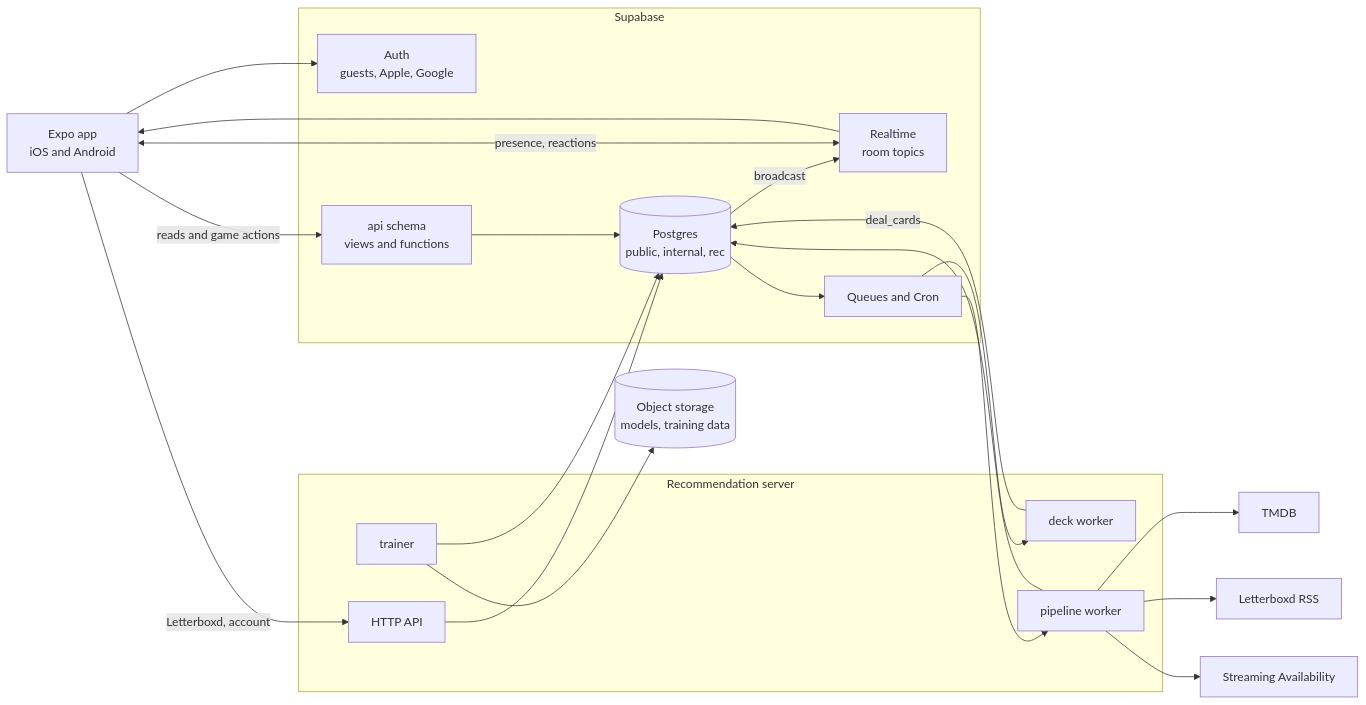
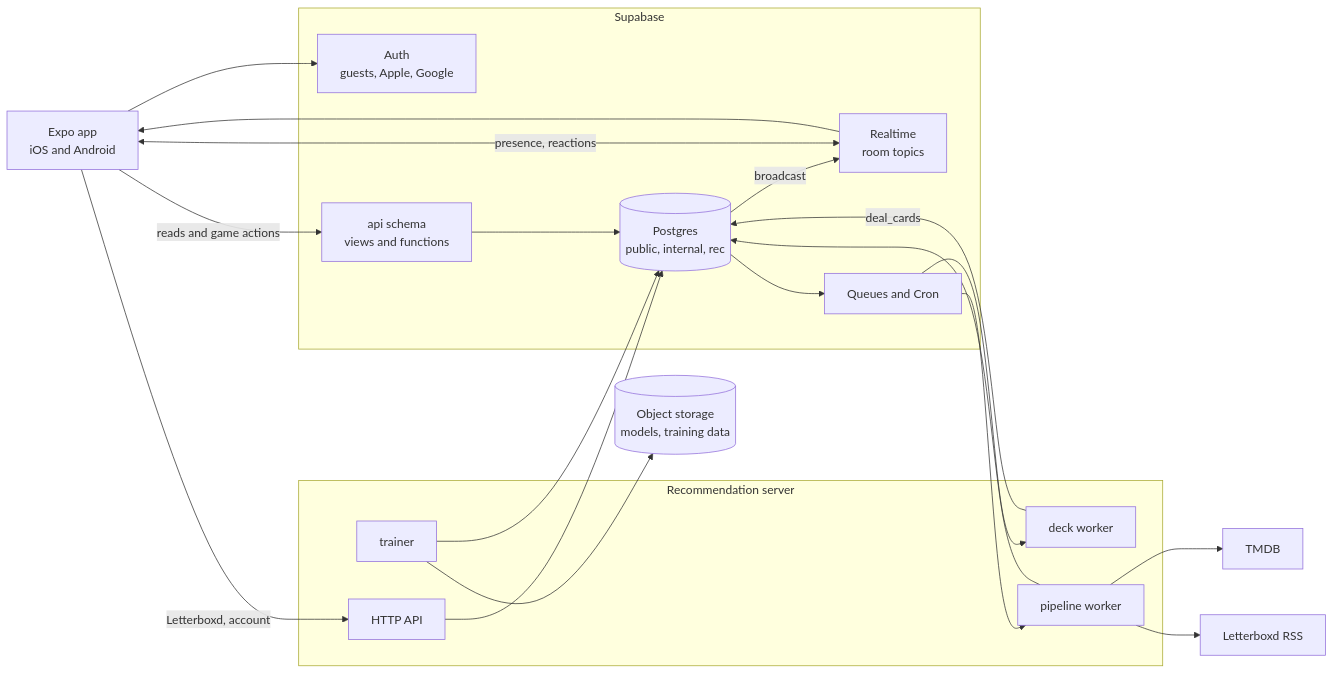
One commit to harryviennot/flimme changed the first of 10 diagrams in docs/architecture/data-model.md. Above: the diagram before and after it, drawn with Mermaid. The commit also changed other lines of this file and 6 other files, not shown here.

First line of the commit message:
M1.6 Remove what v1 dropped: `title_deep_links`, `providers.streaming_availability_id`, the `winner_links` queue, the `result` event (#22)

````diff
--- a/docs/architecture/data-model.md
+++ b/docs/architecture/data-model.md
@@ -48,37 +48,35 @@
 ```mermaid
 flowchart LR
   app[Expo app<br/>iOS and Android]
   subgraph supa[Supabase]
     auth[Auth<br/>guests, Apple, Google]
     api[api schema<br/>views and functions]
     db[(Postgres<br/>public, internal, rec)]
     rt[Realtime<br/>room topics]
     q[Queues and Cron]
   end
   subgraph server[Recommendation server]
     deck[deck worker]
     pipe[pipeline worker]
     http[HTTP API]
     train[trainer]
   end
   tmdb[TMDB]
   lb[Letterboxd RSS]
-  sa[Streaming Availability]
   store[(Object storage<br/>models, training data)]
   app --> auth
   app -->|reads and game actions| api --> db
   db -->|broadcast| rt --> app
   app <-->|presence, reactions| rt
   app -->|Letterboxd, account| http
   db --> q
   q --> deck
   q --> pipe
   deck -->|deal_cards| db
   pipe --> db
   http --> db
   train --> db
   train --> store
   pipe --> tmdb
   pipe --> lb
-  pipe --> sa
 ```
````
